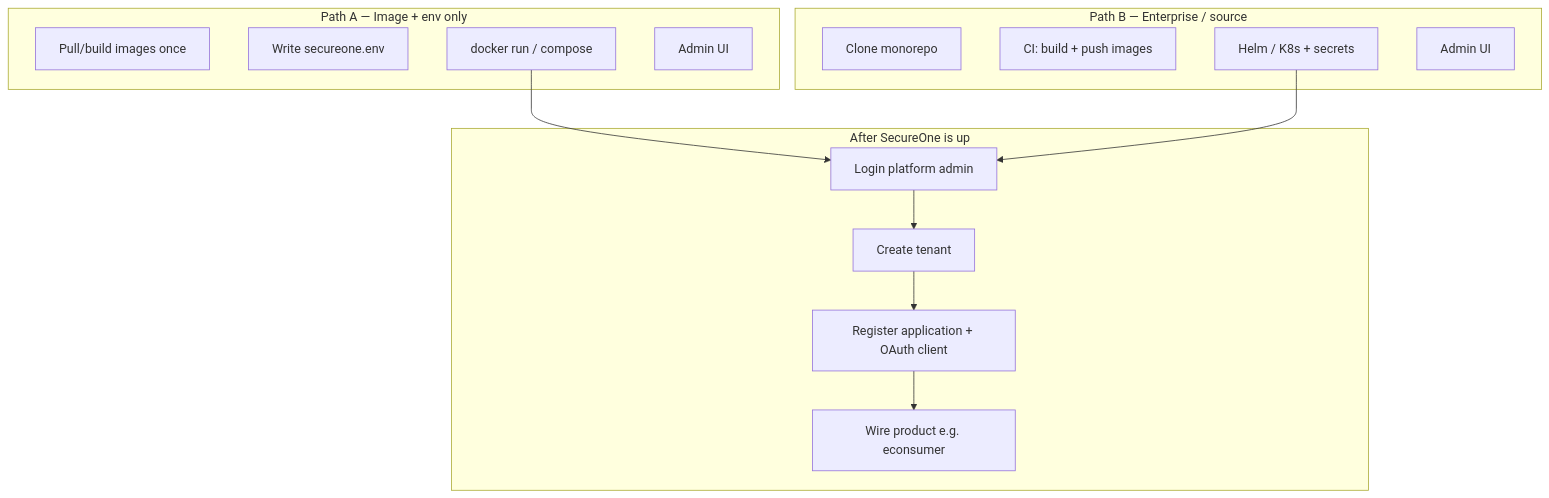
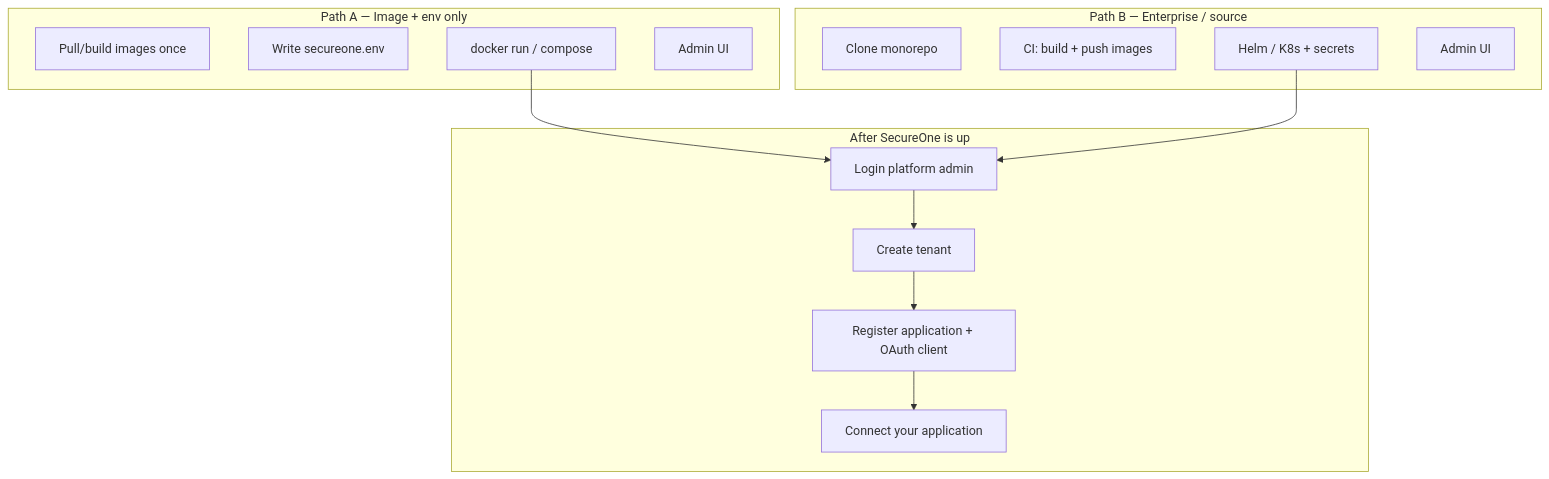
One commit to DTAVS0108/secureon changed the diagram in docs/24-deployment-image-env-and-enterprise.md. Above: the diagram before and after it, drawn with Mermaid. The commit also changed other lines of this file and 21 other files, not shown here.

````diff
--- a/docs/24-deployment-image-env-and-enterprise.md
+++ b/docs/24-deployment-image-env-and-enterprise.md
@@ -29,27 +29,27 @@
 ```mermaid
 flowchart TB
     subgraph PathA["Path A — Image + env only"]
         A1[Pull/build images once]
         A2[Write secureone.env]
         A3[docker run / compose]
         A4[Admin UI]
     end
 
     subgraph PathB["Path B — Enterprise / source"]
         B1[Clone monorepo]
         B2[CI: build + push images]
         B3[Helm / K8s + secrets]
         B4[Admin UI]
     end
 
     subgraph Shared["After SecureOne is up"]
         S1[Login platform admin]
         S2[Create tenant]
         S3[Register application + OAuth client]
-        S4[Wire product e.g. econsumer]
+        S4[Connect your application]
     end
 
     A3 --> S1
     B3 --> S1
     S1 --> S2 --> S3 --> S4
 ```
````
